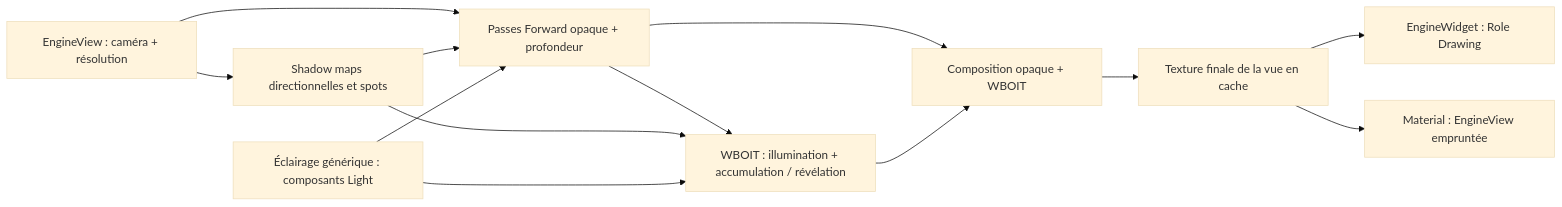
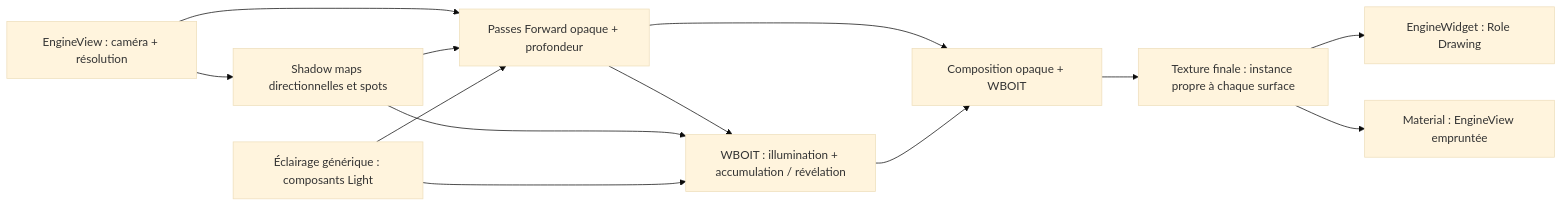
The tenth of 10 diagrams in docs/voxel-engine-v0.1.4-specification.md (EreliaStudio/Sparkle), drawn with Mermaid (base theme) before and after one commit. The commit also changed other lines of this file, not shown here.

Commit message:
docs(v0.1.4): clarify per-surface final texture and CCTV material example

````diff
--- a/docs/voxel-engine-v0.1.4-specification.md
+++ b/docs/voxel-engine-v0.1.4-specification.md
@@ -799,15 +805,15 @@
 ```mermaid
 flowchart LR
   S["EngineView : caméra + résolution"] --> Shadow["Shadow maps directionnelles et spots"]
   S --> Opaque["Passes Forward opaque + profondeur"]
   Shadow --> Opaque
   Opaque --> Trans["WBOIT : illumination + accumulation / révélation"]
   Shadow --> Trans
   Opaque --> Compose["Composition opaque + WBOIT"]
   Trans --> Compose
-  Compose --> Tex["Texture finale de la vue en cache"]
+  Compose --> Tex["Texture finale : instance propre à chaque surface"]
   Tex --> Main["EngineWidget : Role Drawing"]
   Tex --> Other["Material : EngineView empruntée"]
   L["Éclairage générique : composants Light"] --> Opaque
   L --> Trans
 ```
````
